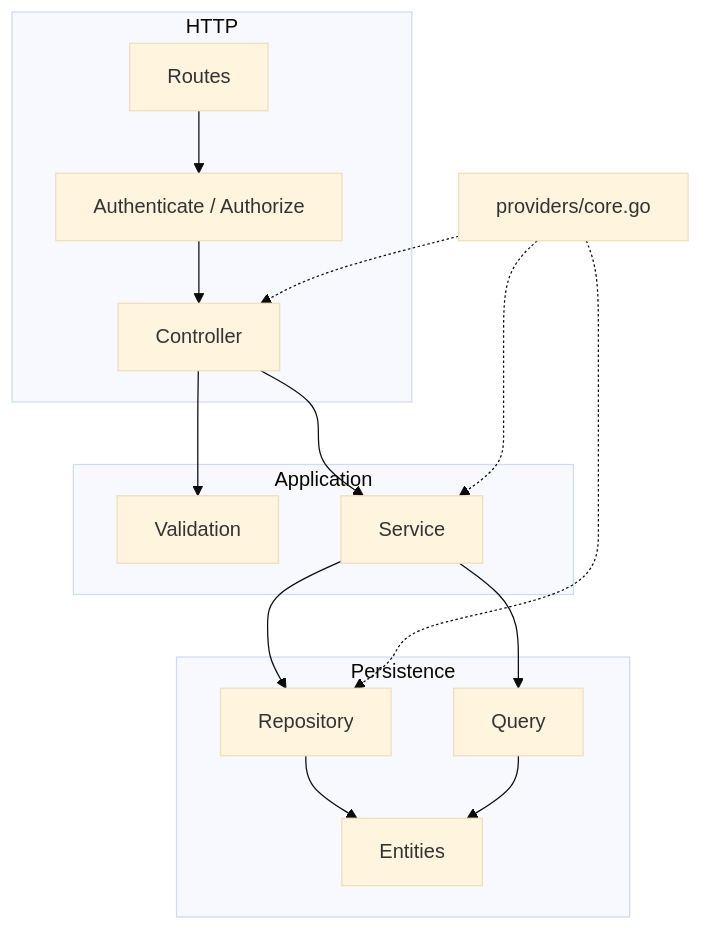
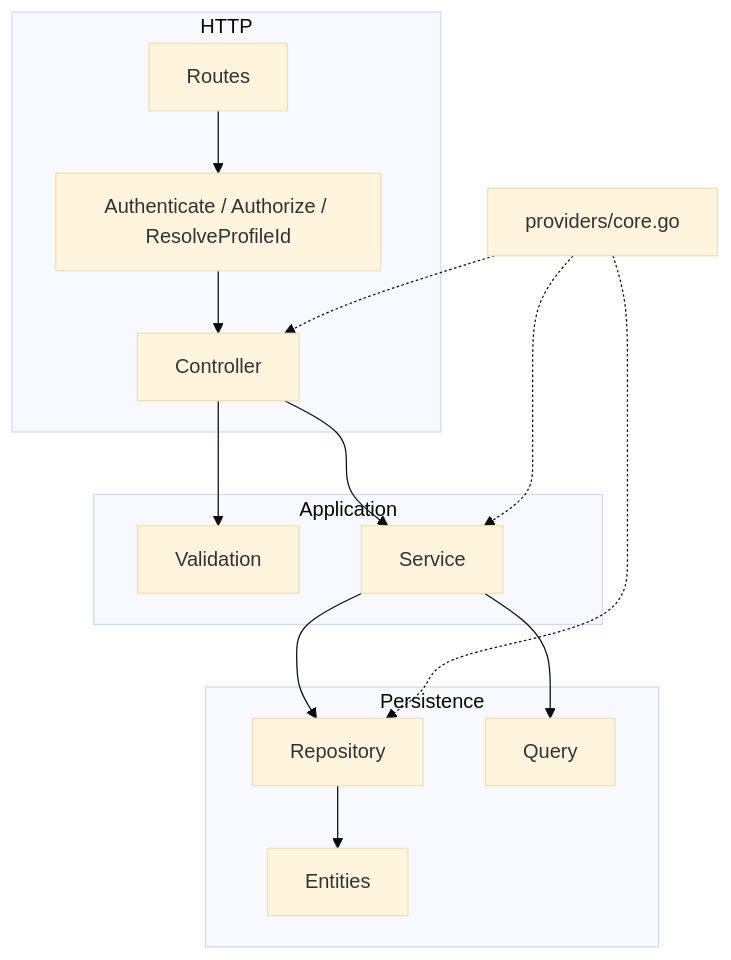
The fourth of 6 diagrams in ARCHITECTURE.md (AdiCahyaSaputra/go-ojol), drawn with Mermaid (base theme) before and after one commit. The commit also changed other lines of this file and 1 other file, not shown here.

````diff
--- a/ARCHITECTURE.md
+++ b/ARCHITECTURE.md
@@ -139,23 +223,22 @@
 ```mermaid
 flowchart TB
   subgraph http [HTTP]
-    Routes --> MW[Authenticate / Authorize]
+    Routes --> MW[Authenticate / Authorize / ResolveProfileId]
     MW --> Controller
   end
 
   subgraph app [Application]
     Controller --> Validation
     Controller --> Service
   end
 
   subgraph data [Persistence]
     Service --> Repository
     Service --> Query
     Repository --> Entities
-    Query --> Entities
   end
 
   Providers["providers/core.go"] -.-> Controller
   Providers -.-> Service
   Providers -.-> Repository
 ```
````
